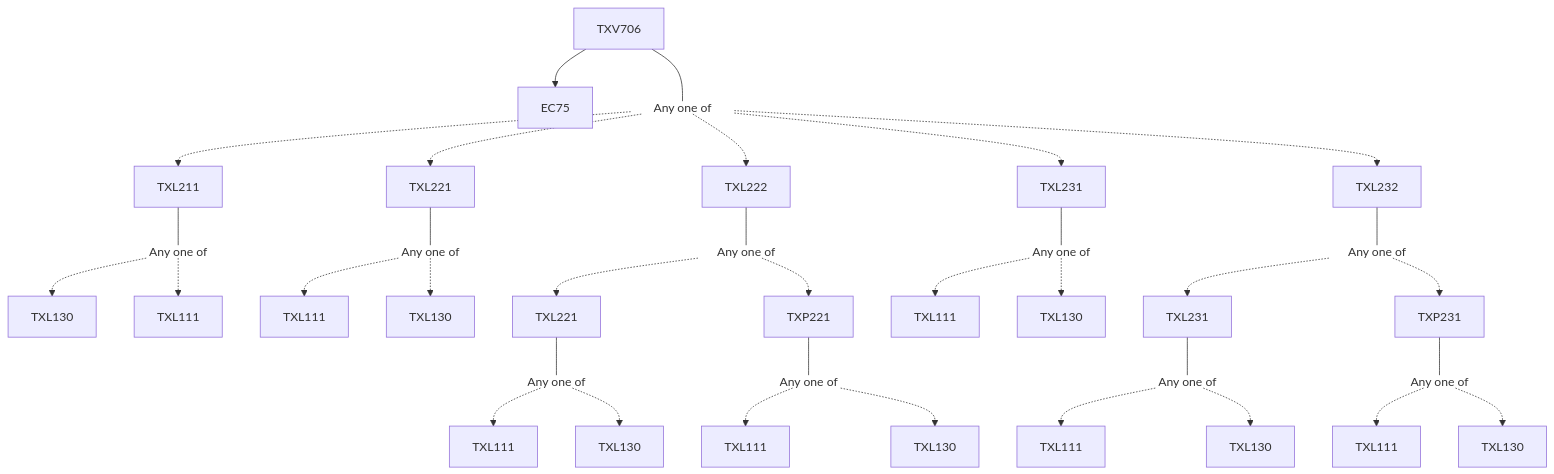
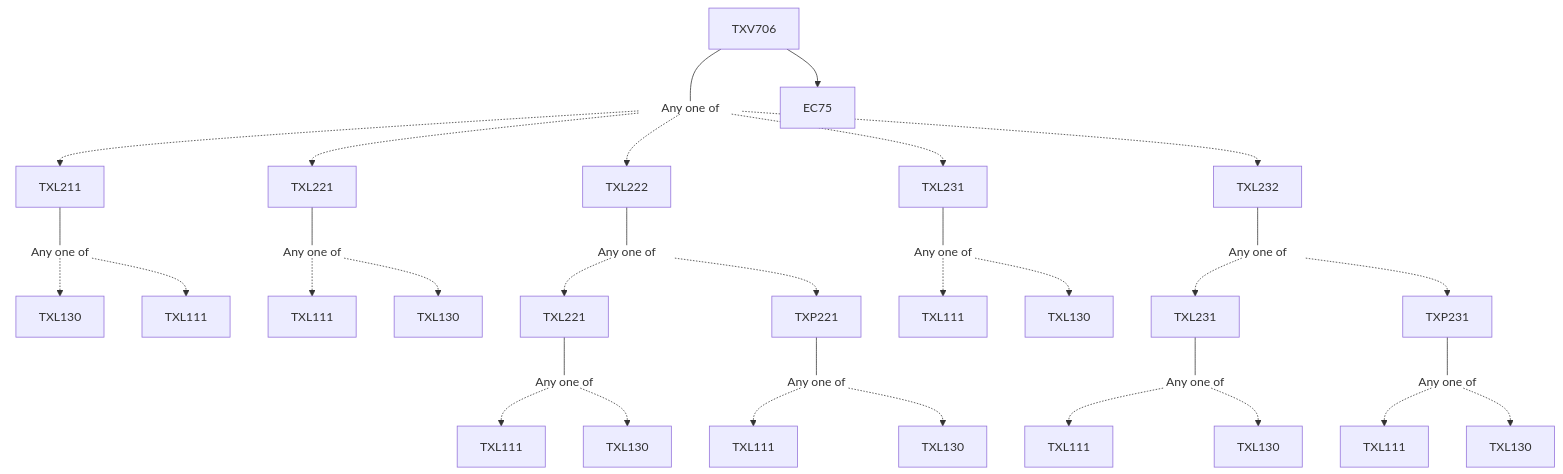
Before and after one commit to KeshavBansal0122/CoS_Website: the diagram in content/Textile and Fibre Engineering/TXV706.md, drawn with Mermaid. The commit also changed other lines of this file and 392 other files, not shown here.

````diff
--- a/content/Textile and Fibre Engineering/TXV706.md
+++ b/content/Textile and Fibre Engineering/TXV706.md
@@ -13,41 +13,41 @@
 ```mermaid
 flowchart TD
 TXV706-2040[TXV706]
-TXV706-2040 --> EC75-2040[EC75]
 TXV706-2040 --- Or2041[Any one of]:::empty
 TXL211-2042 --- Or2043[Any one of]:::empty
 Or2043 -.-> TXL130-2044[TXL130]
 Or2043 -.-> TXL111-2045[TXL111]
 Or2041 -.-> TXL211-2042[TXL211]
 TXL221-2046 --- Or2047[Any one of]:::empty
 Or2047 -.-> TXL111-2048[TXL111]
 Or2047 -.-> TXL130-2049[TXL130]
 Or2041 -.-> TXL221-2046[TXL221]
+Or2041 -.-> TXL222-2050[TXL222]
 TXL222-2050 --- Or2051[Any one of]:::empty
-Or2051 -.-> TXL221-2052[TXL221]
 TXL221-2052 --- Or2053[Any one of]:::empty
 Or2053 -.-> TXL111-2054[TXL111]
 Or2053 -.-> TXL130-2055[TXL130]
-Or2051 -.-> TXP221-2056[TXP221]
+Or2051 -.-> TXL221-2052[TXL221]
 TXP221-2056 --- Or2057[Any one of]:::empty
 Or2057 -.-> TXL111-2058[TXL111]
 Or2057 -.-> TXL130-2059[TXL130]
-Or2041 -.-> TXL222-2050[TXL222]
-Or2041 -.-> TXL231-2060[TXL231]
+Or2051 -.-> TXP221-2056[TXP221]
 TXL231-2060 --- Or2061[Any one of]:::empty
 Or2061 -.-> TXL111-2062[TXL111]
 Or2061 -.-> TXL130-2063[TXL130]
+Or2041 -.-> TXL231-2060[TXL231]
 TXL232-2064 --- Or2065[Any one of]:::empty
 TXL231-2066 --- Or2067[Any one of]:::empty
 Or2067 -.-> TXL111-2068[TXL111]
 Or2067 -.-> TXL130-2069[TXL130]
 Or2065 -.-> TXL231-2066[TXL231]
 TXP231-2070 --- Or2071[Any one of]:::empty
 Or2071 -.-> TXL111-2072[TXL111]
 Or2071 -.-> TXL130-2073[TXL130]
 Or2065 -.-> TXP231-2070[TXP231]
 Or2041 -.-> TXL232-2064[TXL232]
+TXV706-2040 --> EC75-2040[EC75]
 
 classDef empty height:17px, fill:transparent, stroke:transparent;
 classDef trueEmpty height:0px, width:0px;
 ```
````
